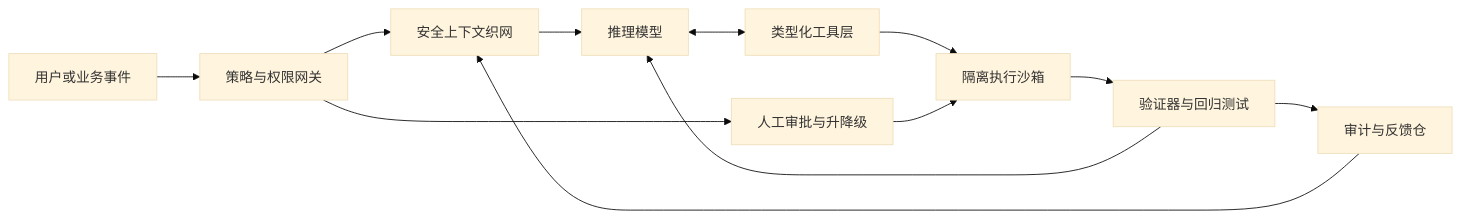
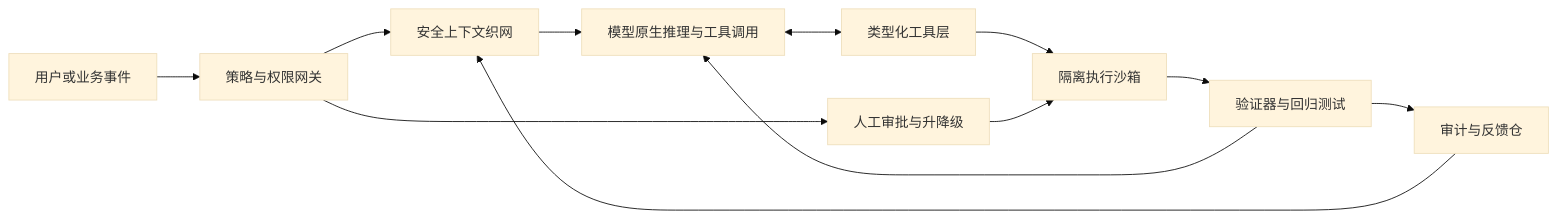
Before and after one commit to jichaosong/ai-pm-playbook: the diagram in docs/guide/research/llm-harness-future-trajectory.md, drawn with Mermaid (base theme). The commit also changed other lines of this file and 3 other files, not shown here.

````diff
--- a/docs/guide/research/llm-harness-future-trajectory.md
+++ b/docs/guide/research/llm-harness-future-trajectory.md
@@ -103,14 +110,14 @@
 ```mermaid
 flowchart LR
  U[用户或业务事件] --> P[策略与权限网关]
  P --> C[安全上下文织网]
- C --> M[推理模型]
+ C --> M[模型原生推理与工具调用]
  M <--> T[类型化工具层]
  T --> S[隔离执行沙箱]
  S --> V[验证器与回归测试]
  V --> M
  V --> A[审计与反馈仓]
  A --> C
  P --> H[人工审批与升降级]
  H --> S
 ```
````
